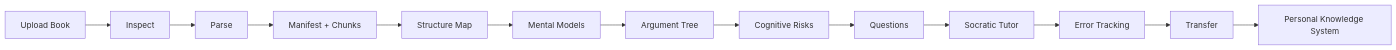
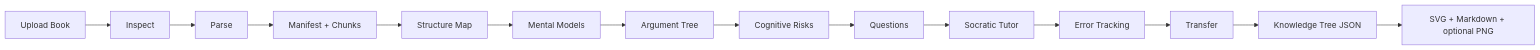
Before and after one commit to shechuanyoudongxi/deep-book-learning-skill: the diagram in README.md, drawn with Mermaid. The commit also changed other lines of this file and 21 other files, not shown here.

Commit message:
Add book knowledge tree renderer

````diff
--- a/README.md
+++ b/README.md
@@ -13,15 +15,16 @@
 ```mermaid
 flowchart LR
   A[Upload Book] --> B[Inspect]
   B --> C[Parse]
   C --> D[Manifest + Chunks]
   D --> E[Structure Map]
   E --> F[Mental Models]
   F --> G[Argument Tree]
   G --> H[Cognitive Risks]
   H --> I[Questions]
   I --> J[Socratic Tutor]
   J --> K[Error Tracking]
   K --> L[Transfer]
-  L --> M[Personal Knowledge System]
+  L --> M[Knowledge Tree JSON]
+  M --> N[SVG + Markdown + optional PNG]
 ```
````
